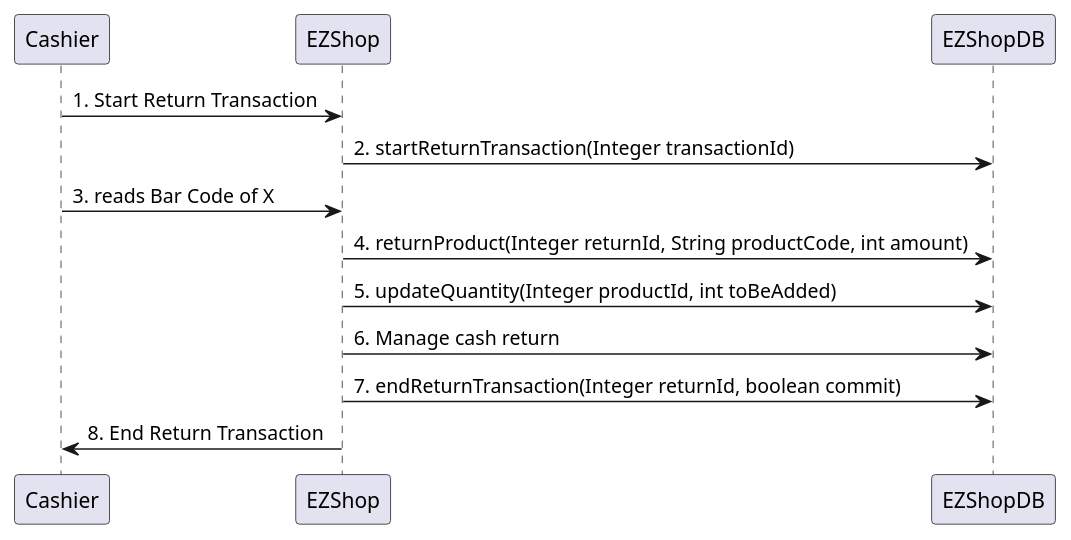
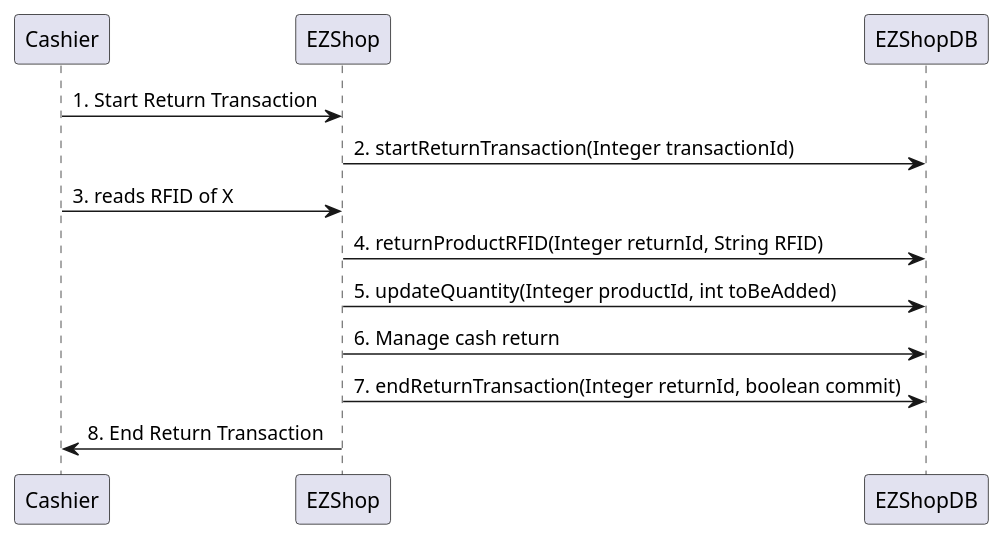
Diagram 28 of 31 in Deliverables/DesignDocument.md (djemar/softeng_ezshop), drawn with PlantUML before and after one commit. The commit also changed other lines of this file, not shown here.

````diff
--- a/Deliverables/DesignDocument.md
+++ b/Deliverables/DesignDocument.md
@@ -556,12 +563,12 @@
 ```plantuml
 "Cashier" -> "EZShop" : 1. Start Return Transaction
 
 "EZShop" -> "EZShopDB": 2. startReturnTransaction(Integer transactionId)
-"Cashier"->  "EZShop": 3. reads Bar Code of X
-"EZShop" -> "EZShopDB":4. returnProduct(Integer returnId, String productCode, int amount)
+"Cashier"->  "EZShop": 3. reads RFID of X
+"EZShop" -> "EZShopDB":4. returnProductRFID(Integer returnId, String RFID)
 "EZShop" -> "EZShopDB" : 5. updateQuantity(Integer productId, int toBeAdded)
 "EZShop" -> "EZShopDB":6. Manage cash return
 "EZShop"-> "EZShopDB" : 7. endReturnTransaction(Integer returnId, boolean commit)
 "EZShop" -> "Cashier" : 8. End Return Transaction
 
 ```
````
